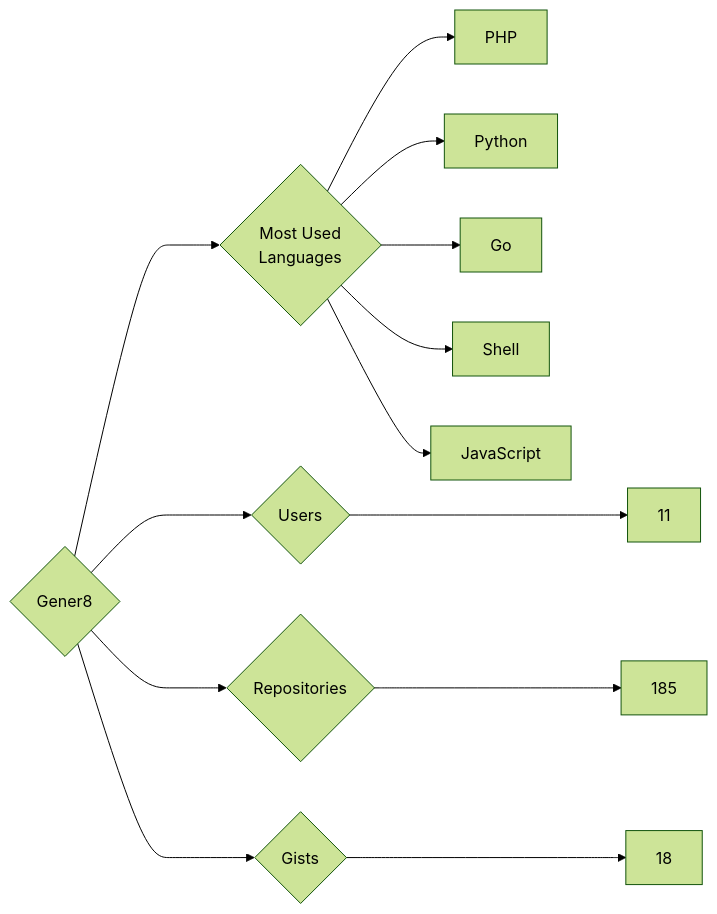
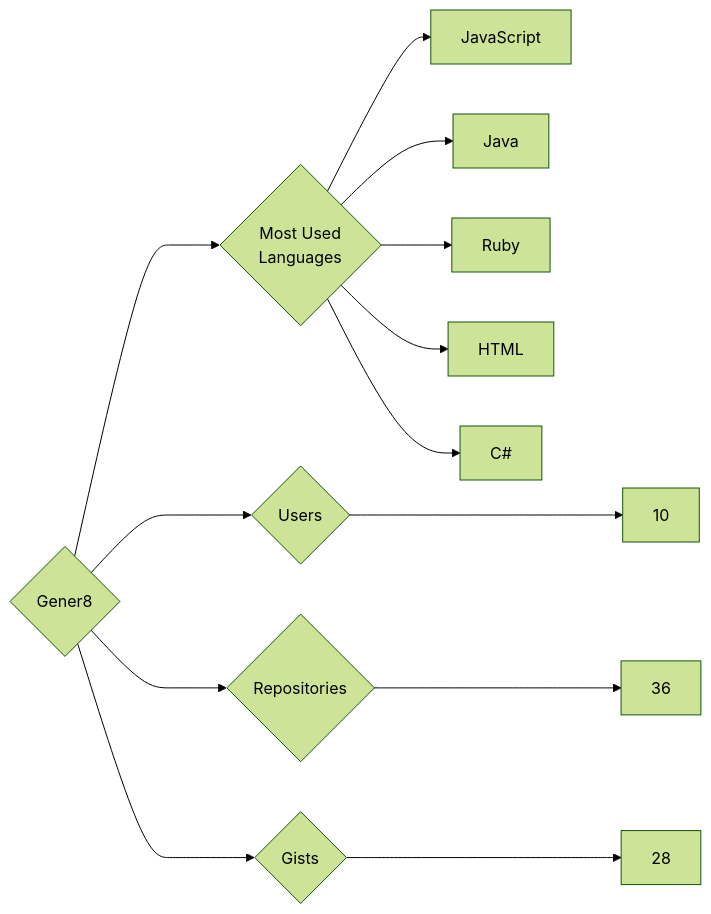
Before and after one commit to trickest/insiders: the diagram in targets/Gener8/README.md, drawn with Mermaid (forest theme). The commit also changed 873 other files, not shown here.

````diff
--- a/targets/Gener8/README.md
+++ b/targets/Gener8/README.md
@@ -3,13 +3,13 @@
 ```mermaid
 graph LR
 COMPANY_NAME{Gener8}
-COMPANY_NAME ---> U{Users} ---> UN[11]
-COMPANY_NAME ---> R{Repositories} ---> RN[185]
-COMPANY_NAME ---> G{Gists} ---> GN[18]
+COMPANY_NAME ---> U{Users} ---> UN[10]
+COMPANY_NAME ---> R{Repositories} ---> RN[36]
+COMPANY_NAME ---> G{Gists} ---> GN[28]
 COMPANY_NAME ---> ML{Most Used<br>Languages}
-ML --> PHP[PHP]
-ML --> Python[Python]
-ML --> Go[Go]
-ML --> Shell[Shell]
 ML --> JavaScript[JavaScript]
+ML --> Java[Java]
+ML --> Ruby[Ruby]
+ML --> HTML[HTML]
+ML --> C#[C#]
 ```
````
